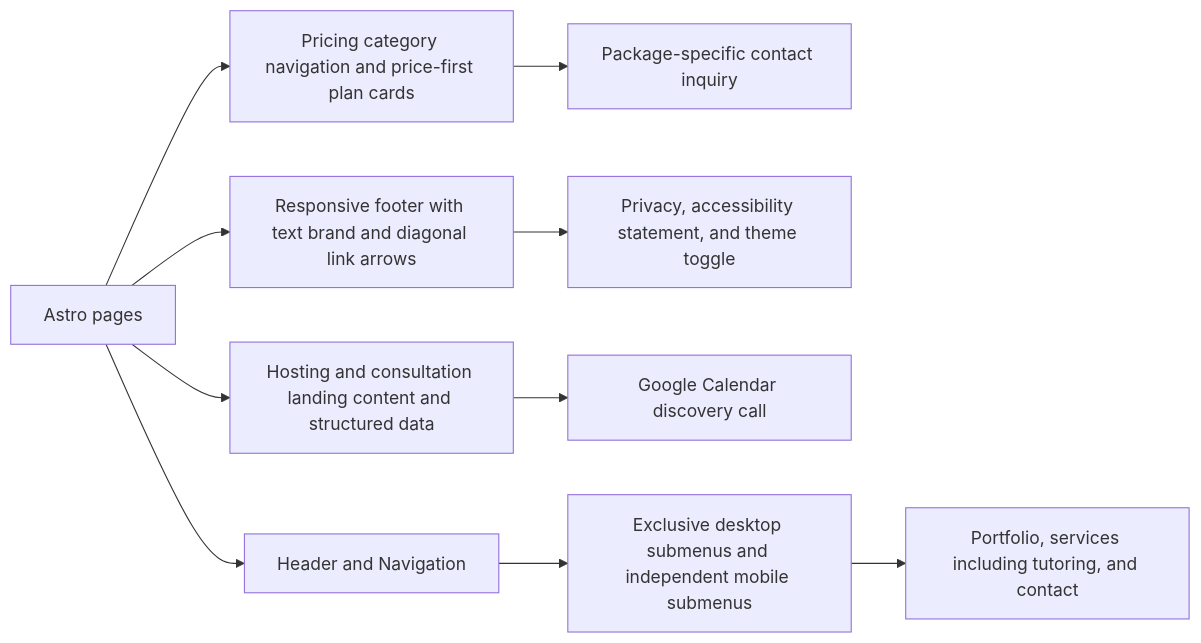
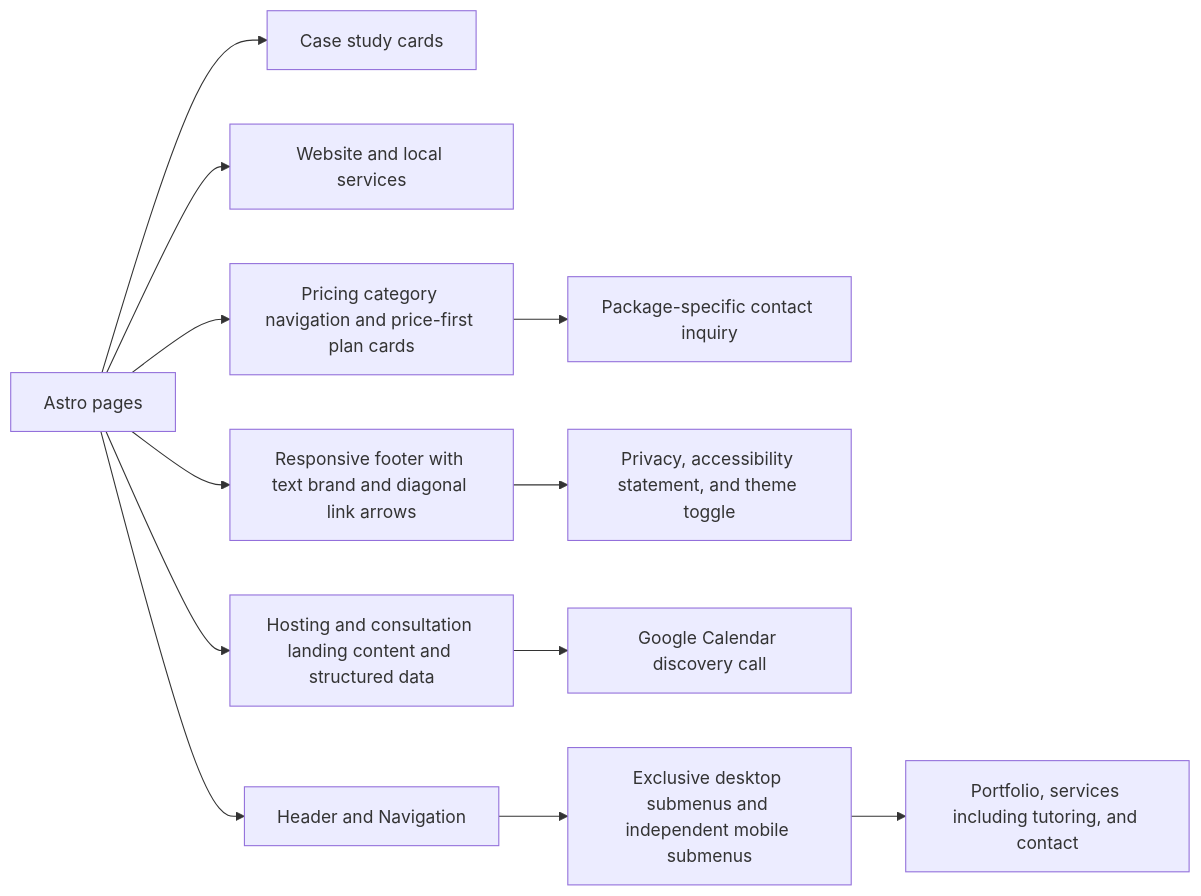
The diagram in src/components/readme.md (anoblet/astronautical-apogee), drawn with Mermaid before and after one commit. The commit also changed other lines of this file and 19 other files, not shown here.

````diff
--- a/src/components/readme.md
+++ b/src/components/readme.md
@@ -27,12 +30,14 @@
 ```mermaid
 flowchart LR
-  Routes[Astro pages] --> Pricing[Pricing category navigation and price-first plan cards]
+  Routes[Astro pages] --> Projects[Case study cards]
+  Routes --> Services[Website and local services]
+  Routes --> Pricing[Pricing category navigation and price-first plan cards]
   Pricing --> Inquiry[Package-specific contact inquiry]
   Routes --> Footer[Responsive footer with text brand and diagonal link arrows]
   Footer --> Utilities[Privacy, accessibility statement, and theme toggle]
   Routes --> Landing[Hosting and consultation landing content and structured data]
   Landing --> Booking[Google Calendar discovery call]
   Routes[Astro pages] --> Header[Header and Navigation]
   Header --> Menu[Exclusive desktop submenus and independent mobile submenus]
   Menu --> Destinations[Portfolio, services including tutoring, and contact]
 ```
````
